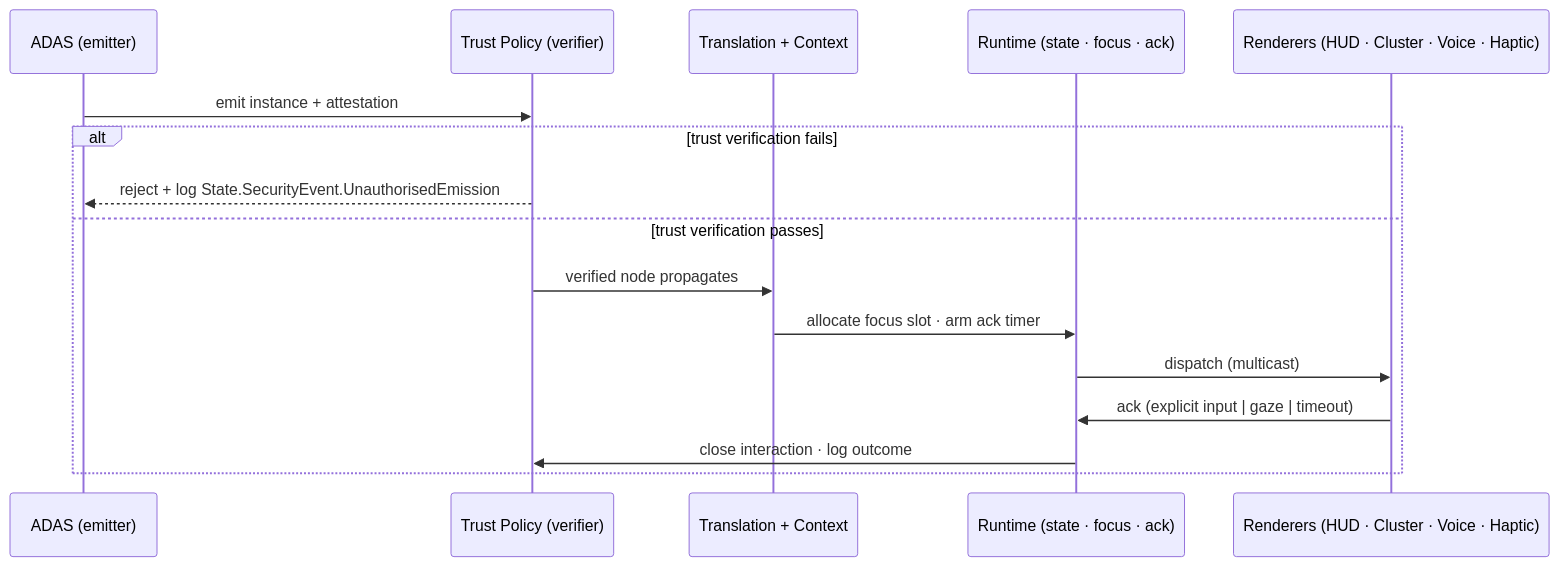
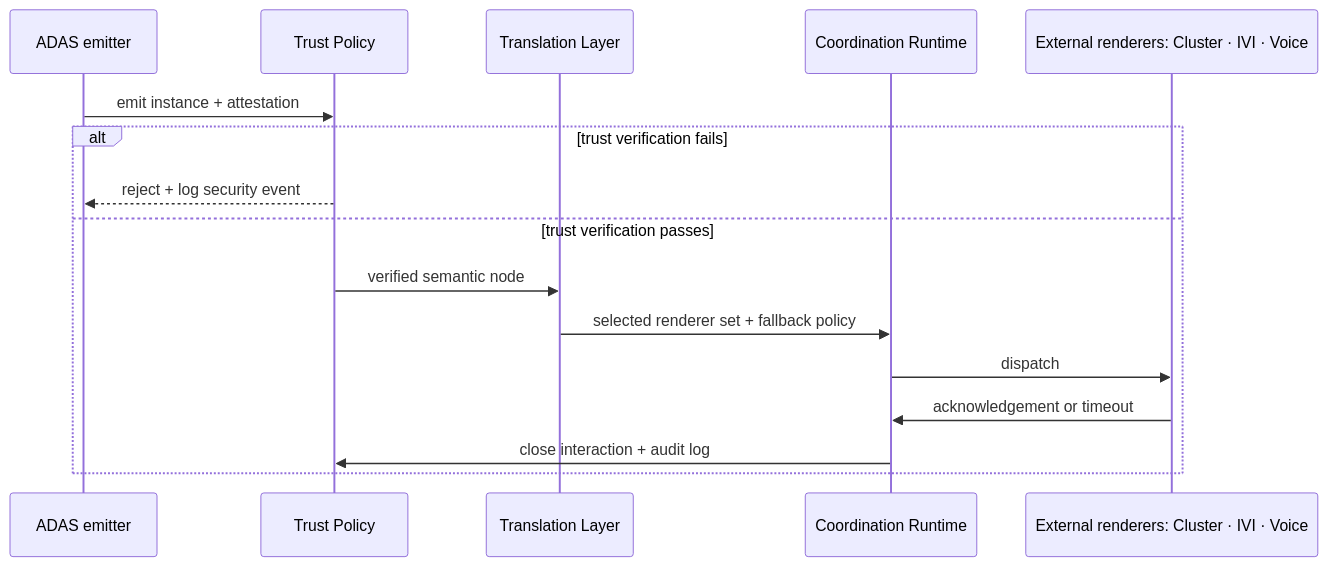
The diagram in 02_Appendix-a-worked-example.md (yaneczech/SIA), drawn with Mermaid before and after one commit. The commit also changed other lines of this file and 1 other file, not shown here.

````diff
--- a/02_Appendix-a-worked-example.md
+++ b/02_Appendix-a-worked-example.md
@@ -91,20 +88,20 @@
 ```mermaid
 sequenceDiagram
-    participant ADAS as ADAS (emitter)
-    participant Trust as Trust Policy (verifier)
-    participant Trans as Translation + Context
-    participant Runtime as Runtime (state · focus · ack)
-    participant Renderers as Renderers (HUD · Cluster · Voice · Haptic)
+    participant ADAS as ADAS emitter
+    participant Trust as Trust Policy
+    participant Trans as Translation Layer
+    participant Runtime as Coordination Runtime
+    participant Renderers as External renderers: Cluster · IVI · Voice
 
     ADAS->>Trust: emit instance + attestation
 
     alt trust verification fails
-        Trust-->>ADAS: reject + log State.SecurityEvent.UnauthorisedEmission
+        Trust-->>ADAS: reject + log security event
     else trust verification passes
-        Trust->>Trans: verified node propagates
-        Trans->>Runtime: allocate focus slot · arm ack timer
-        Runtime->>Renderers: dispatch (multicast)
-        Renderers->>Runtime: ack (explicit input | gaze | timeout)
-        Runtime->>Trust: close interaction · log outcome
+        Trust->>Trans: verified semantic node
+        Trans->>Runtime: selected renderer set + fallback policy
+        Runtime->>Renderers: dispatch
+        Renderers->>Runtime: acknowledgement or timeout
+        Runtime->>Trust: close interaction + audit log
     end
 ```
````
